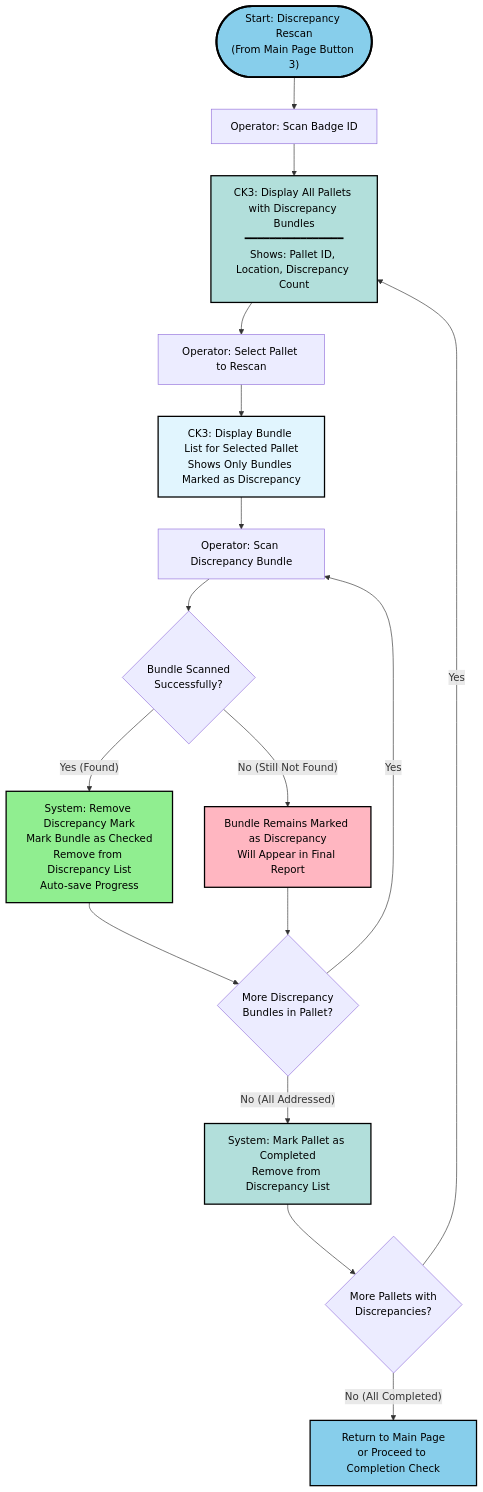
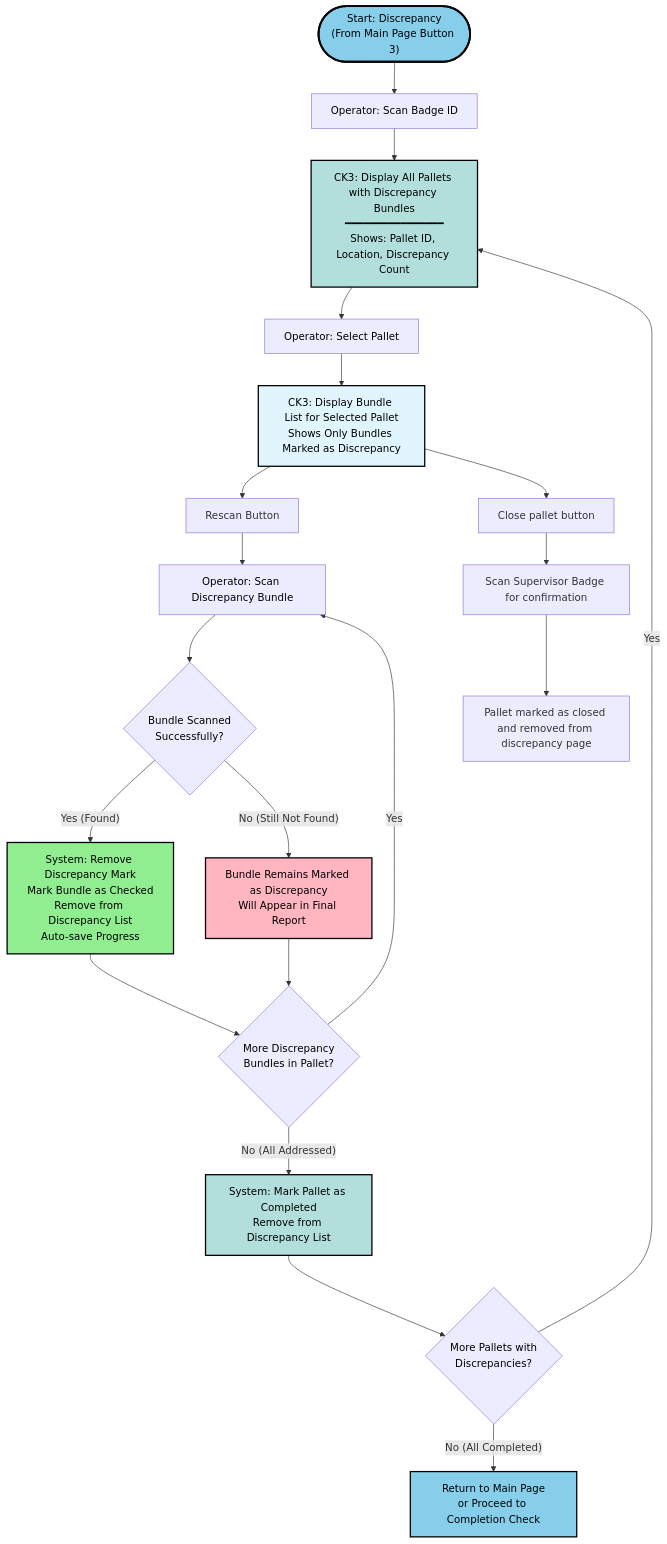
One commit to kohjs/RMC-Cycle-Count changed the sixth of 8 diagrams in workflow.md. Above: the diagram before and after it, drawn with Mermaid. The commit also changed other lines of this file, not shown here.

````diff
--- a/workflow.md
+++ b/workflow.md
@@ -224,32 +266,35 @@
 ```mermaid
-flowchart TD
-    Start(["Start: Discrepancy Rescan<br>(From Main Page Button 3)"]) --> n1["Operator: Scan Badge ID"]
+flowchart TB
+    Start(["Start: Discrepancy<br>(From Main Page Button 3)"]) --> n1["Operator: Scan Badge ID"]
     n1 --> n2["CK3: Display All Pallets with Discrepancy Bundles<br>━━━━━━━━━━━━━━━━<br>Shows: Pallet ID, Location, Discrepancy Count"]
-    n2 --> n3["Operator: Select Pallet to Rescan"]
+    n2 --> n3["Operator: Select Pallet"]
     n3 --> n4["CK3: Display Bundle List for Selected Pallet<br>Shows Only Bundles Marked as Discrepancy"]
-    n4 --> n5["Operator: Scan Discrepancy Bundle"]
-    n5 --> n6{"Bundle Scanned<br>Successfully?"}
-    n6 -- "Yes (Found)" --> n7["System: Remove Discrepancy Mark<br>Mark Bundle as Checked<br>Remove from Discrepancy List<br>Auto-save Progress"]
-    n6 -- "No (Still Not Found)" --> n8["Bundle Remains Marked as Discrepancy<br>Will Appear in Final Report"]
+    n4 --> n13["Rescan Button"] & n14["Close pallet button"]
+    n5["Operator: Scan Discrepancy Bundle"] --> n6{"Bundle Scanned<br>Successfully?"}
+    n6 -- Yes (Found) --> n7["System: Remove Discrepancy Mark<br>Mark Bundle as Checked<br>Remove from Discrepancy List<br>Auto-save Progress"]
+    n6 -- No (Still Not Found) --> n8["Bundle Remains Marked as Discrepancy<br>Will Appear in Final Report"]
     n7 --> n9{"More Discrepancy<br>Bundles in Pallet?"}
     n8 --> n9
-    n9 -- "Yes" --> n5
-    n9 -- "No (All Addressed)" --> n10["System: Mark Pallet as Completed<br>Remove from Discrepancy List"]
+    n9 -- Yes --> n5
+    n9 -- No (All Addressed) --> n10["System: Mark Pallet as Completed<br>Remove from Discrepancy List"]
     n10 --> n11{"More Pallets with<br>Discrepancies?"}
-    n11 -- "Yes" --> n2
-    n11 -- "No (All Completed)" --> n12["Return to Main Page<br>or Proceed to Completion Check"]
+    n11 -- Yes --> n2
+    n11 -- No (All Completed) --> n12["Return to Main Page<br>or Proceed to Completion Check"]
+    n13 --> n5
+    n14 --> n15["Scan Supervisor Badge for confirmation"]
+    n15 --> n16["Pallet marked as closed and removed from discrepancy page"]
 
     style Start fill:#87CEEB,stroke:#000,stroke-width:3px,color:#000
     style n1 color:#000
     style n2 fill:#B2DFDB,stroke:#000,stroke-width:2px,color:#000
     style n3 color:#000
     style n4 fill:#E1F5FE,stroke:#000,stroke-width:2px,color:#000
     style n5 color:#000
     style n6 color:#000
     style n7 fill:#90EE90,stroke:#000,stroke-width:2px,color:#000
     style n8 fill:#FFB6C1,stroke:#000,stroke-width:2px,color:#000
     style n9 color:#000
     style n10 fill:#B2DFDB,stroke:#000,stroke-width:2px,color:#000
     style n11 color:#000
     style n12 fill:#87CEEB,stroke:#000,stroke-width:2px,color:#000
 ```
````
